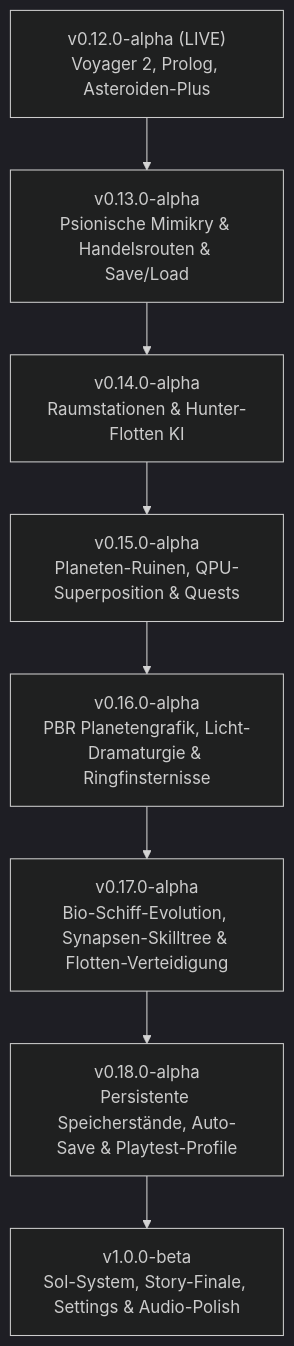
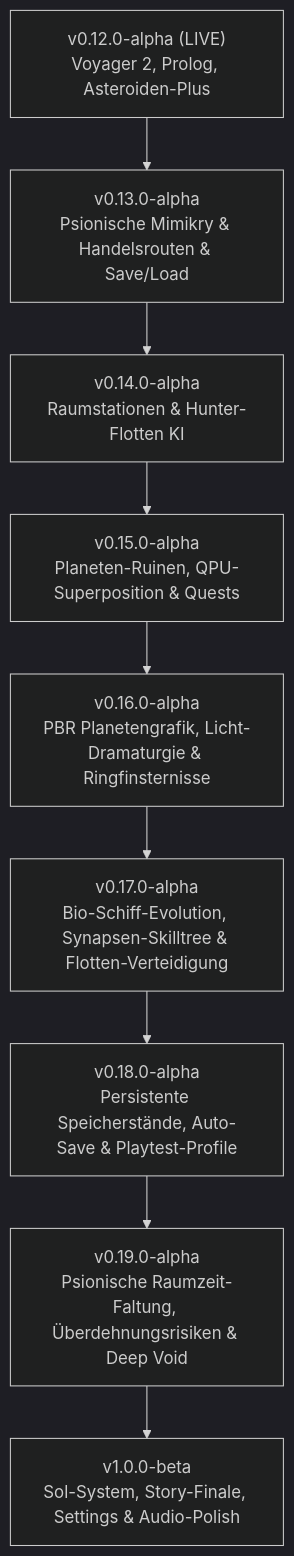
The diagram in ROADMAP.md (turgutreis/where_stars_die), drawn with Mermaid (dark theme) before and after one commit. The commit also changed other lines of this file and 2 other files, not shown here.

Commit message:
chore(release): bump version to 0.19.0-alpha

````diff
--- a/ROADMAP.md
+++ b/ROADMAP.md
@@ -104,10 +104,11 @@
 ```mermaid
 graph TD
     A["v0.12.0-alpha (LIVE)<br>Voyager 2, Prolog, Asteroiden-Plus"] --> B["v0.13.0-alpha<br>Psionische Mimikry & Handelsrouten & Save/Load"]
     B --> C["v0.14.0-alpha<br>Raumstationen & Hunter-Flotten KI"]
     C --> D["v0.15.0-alpha<br>Planeten-Ruinen, QPU-Superposition & Quests"]
     D --> E["v0.16.0-alpha<br>PBR Planetengrafik, Licht-Dramaturgie & Ringfinsternisse"]
     E --> F["v0.17.0-alpha<br>Bio-Schiff-Evolution, Synapsen-Skilltree & Flotten-Verteidigung"]
     F --> G["v0.18.0-alpha<br>Persistente Speicherstände, Auto-Save & Playtest-Profile"]
-    G --> H["v1.0.0-beta<br>Sol-System, Story-Finale, Settings & Audio-Polish"]
+    G --> H["v0.19.0-alpha<br>Psionische Raumzeit-Faltung, Überdehnungsrisiken & Deep Void"]
+    H --> I["v1.0.0-beta<br>Sol-System, Story-Finale, Settings & Audio-Polish"]
 ```
````
